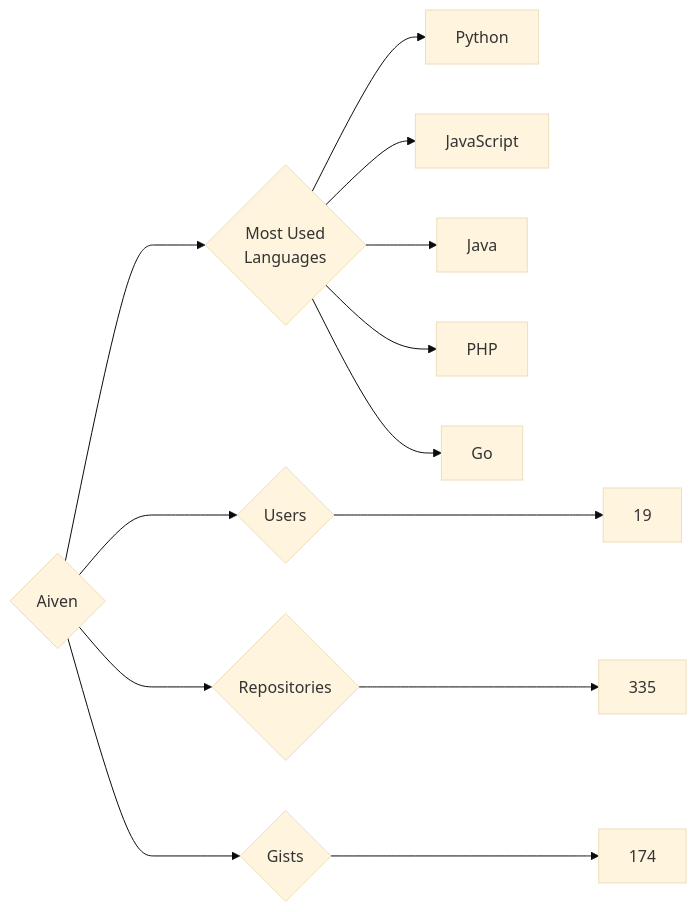
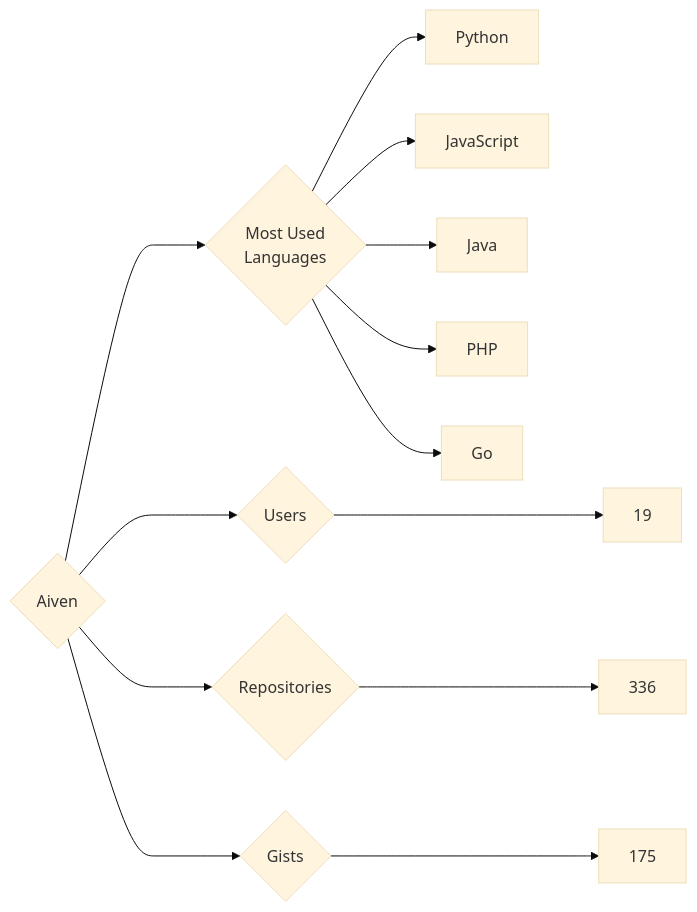
The diagram in targets/Aiven/README.md (trickest/insiders), drawn with Mermaid (base theme) before and after one commit. The commit also changed 745 other files, not shown here.

````diff
--- a/targets/Aiven/README.md
+++ b/targets/Aiven/README.md
@@ -3,13 +3,13 @@
 ```mermaid
 graph LR
 COMPANY_NAME{Aiven}
 COMPANY_NAME ---> U{Users} ---> UN[19]
-COMPANY_NAME ---> R{Repositories} ---> RN[335]
-COMPANY_NAME ---> G{Gists} ---> GN[174]
+COMPANY_NAME ---> R{Repositories} ---> RN[336]
+COMPANY_NAME ---> G{Gists} ---> GN[175]
 COMPANY_NAME ---> ML{Most Used<br>Languages}
 ML --> Python[Python]
 ML --> JavaScript[JavaScript]
 ML --> Java[Java]
 ML --> PHP[PHP]
 ML --> Go[Go]
 ```
````
